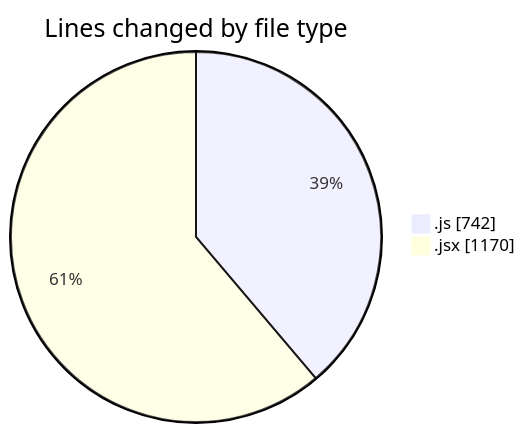
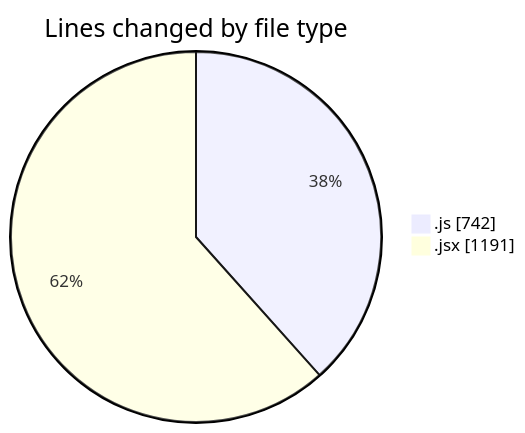
One commit to nxtqubesakshisongat/code-tracking changed the first of 2 diagrams in 2025-08-29/nxtqube_webapp/README.md. Above: the diagram before and after it, drawn with Mermaid. The commit also changed other lines of this file and 1 other file, not shown here.

````diff
--- a/2025-08-29/nxtqube_webapp/README.md
+++ b/2025-08-29/nxtqube_webapp/README.md
@@ -23,6 +23,6 @@
 ```mermaid
 pie showData
 title Lines changed by file type
 ".js" : 742
-".jsx" : 1170
+".jsx" : 1191
 ```
````
